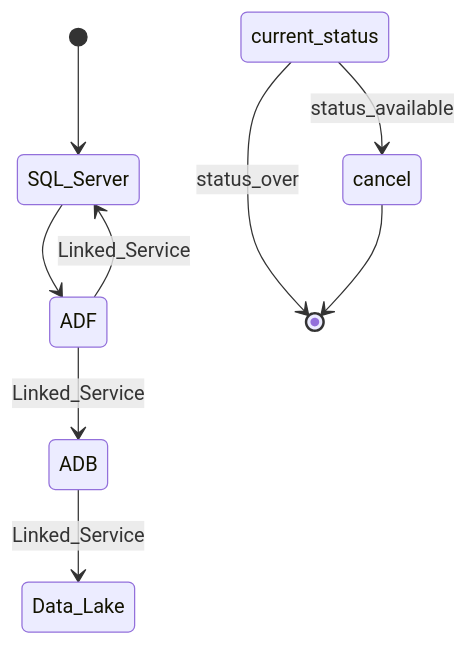
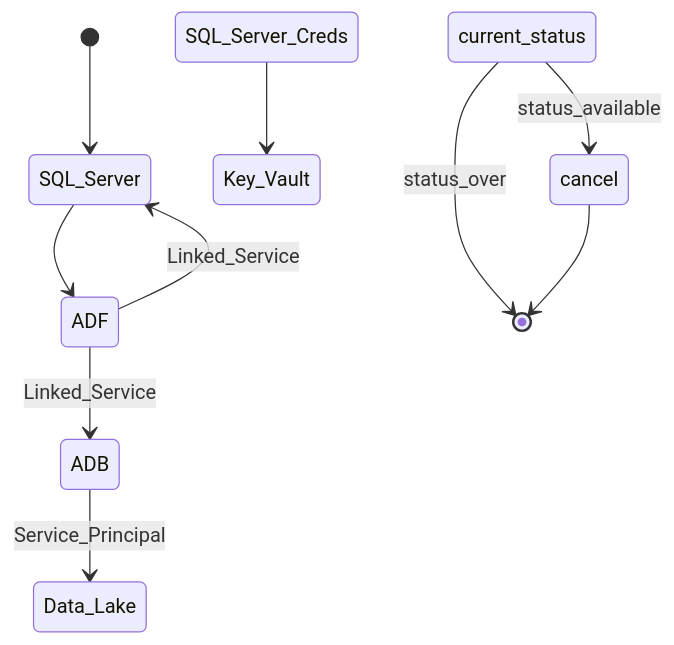
Before and after one commit to vijganji99/strada-DE-Infra: the diagram in README.md, drawn with Mermaid.

````diff
--- a/README.md
+++ b/README.md
@@ -16,11 +16,12 @@
 ```mermaid
 stateDiagram-v2
     [*] --> SQL_Server
     SQL_Server --> ADF
+    SQL_Server_Creds --> Key_Vault 
     ADF --> SQL_Server:Linked_Service
     ADF --> ADB:Linked_Service
-    ADB --> Data_Lake:Linked_Service
+    ADB --> Data_Lake:Service_Principal
     current_status --> cancel: status_available
     current_status --> [*]: status_over
     cancel --> [*]
 ```
````
